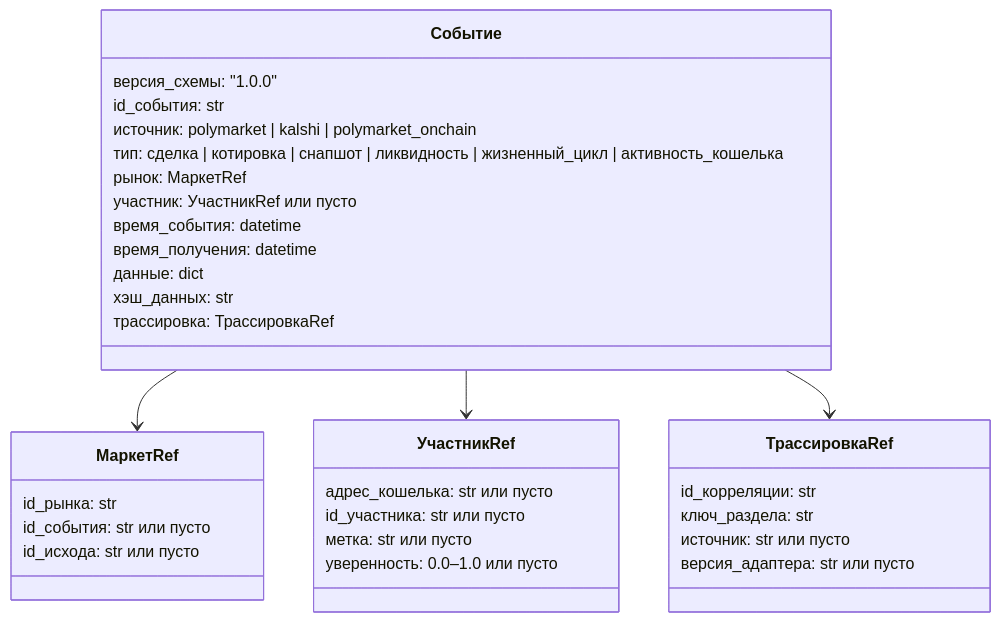
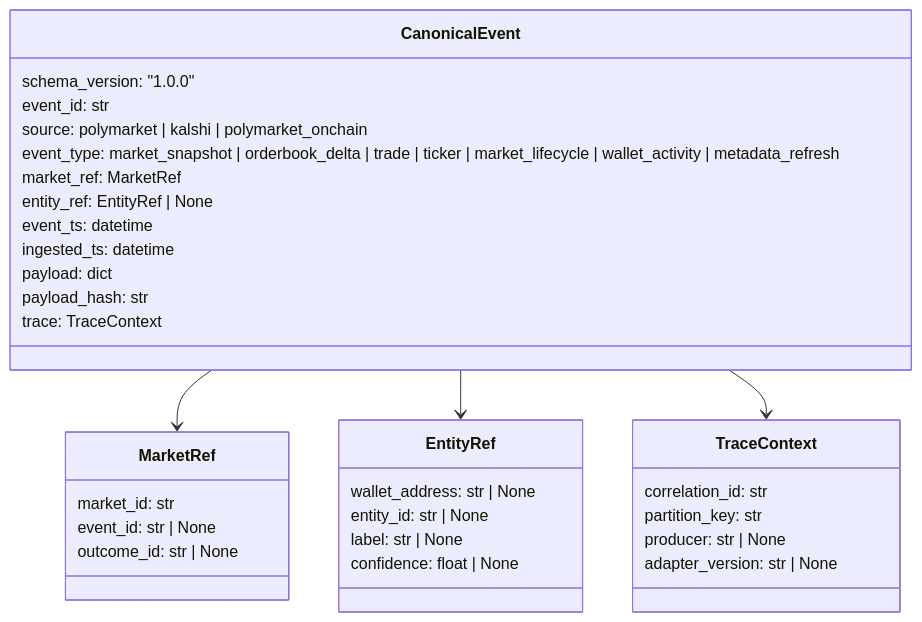
The third of 7 diagrams in docs/architecture/architecture-deck.md (MarchenkoRuslan/alarm_system), drawn with Mermaid before and after one commit. The commit also changed other lines of this file, not shown here.

Commit message:
Update architecture documentation with English terminology for clarity and consistency, including changes to data sources, core pipeline, and event structure.

````diff
--- a/docs/architecture/architecture-deck.md
+++ b/docs/architecture/architecture-deck.md
@@ -120,36 +120,36 @@
 ```mermaid
 classDiagram
-  class Событие {
-    версия_схемы: "1.0.0"
-    id_события: str
-    источник: polymarket | kalshi | polymarket_onchain
-    тип: сделка | котировка | снапшот | ликвидность | жизненный_цикл | активность_кошелька
-    рынок: МаркетRef
-    участник: УчастникRef или пусто
-    время_события: datetime
-    время_получения: datetime
-    данные: dict
-    хэш_данных: str
-    трассировка: ТрассировкаRef
+  class CanonicalEvent {
+    schema_version: "1.0.0"
+    event_id: str
+    source: polymarket | kalshi | polymarket_onchain
+    event_type: market_snapshot | orderbook_delta | trade | ticker | market_lifecycle | wallet_activity | metadata_refresh
+    market_ref: MarketRef
+    entity_ref: EntityRef | None
+    event_ts: datetime
+    ingested_ts: datetime
+    payload: dict
+    payload_hash: str
+    trace: TraceContext
   }
-  class МаркетRef {
-    id_рынка: str
-    id_события: str или пусто
-    id_исхода: str или пусто
+  class MarketRef {
+    market_id: str
+    event_id: str | None
+    outcome_id: str | None
   }
-  class УчастникRef {
-    адрес_кошелька: str или пусто
-    id_участника: str или пусто
-    метка: str или пусто
-    уверенность: 0.0–1.0 или пусто
+  class EntityRef {
+    wallet_address: str | None
+    entity_id: str | None
+    label: str | None
+    confidence: float | None
   }
-  class ТрассировкаRef {
-    id_корреляции: str
-    ключ_раздела: str
-    источник: str или пусто
-    версия_адаптера: str или пусто
+  class TraceContext {
+    correlation_id: str
+    partition_key: str
+    producer: str | None
+    adapter_version: str | None
   }
-  Событие --> МаркетRef
-  Событие --> УчастникRef
-  Событие --> ТрассировкаRef
+  CanonicalEvent --> MarketRef
+  CanonicalEvent --> EntityRef
+  CanonicalEvent --> TraceContext
 ```
````
